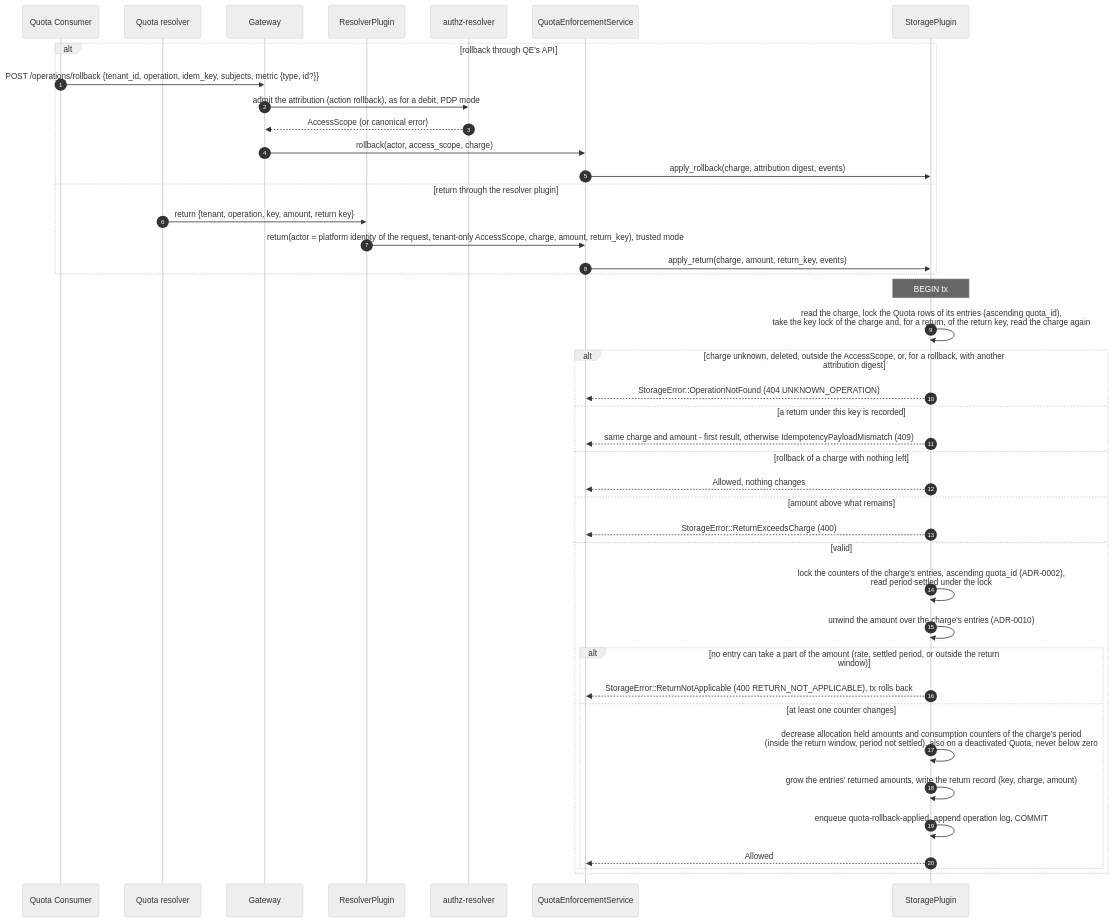
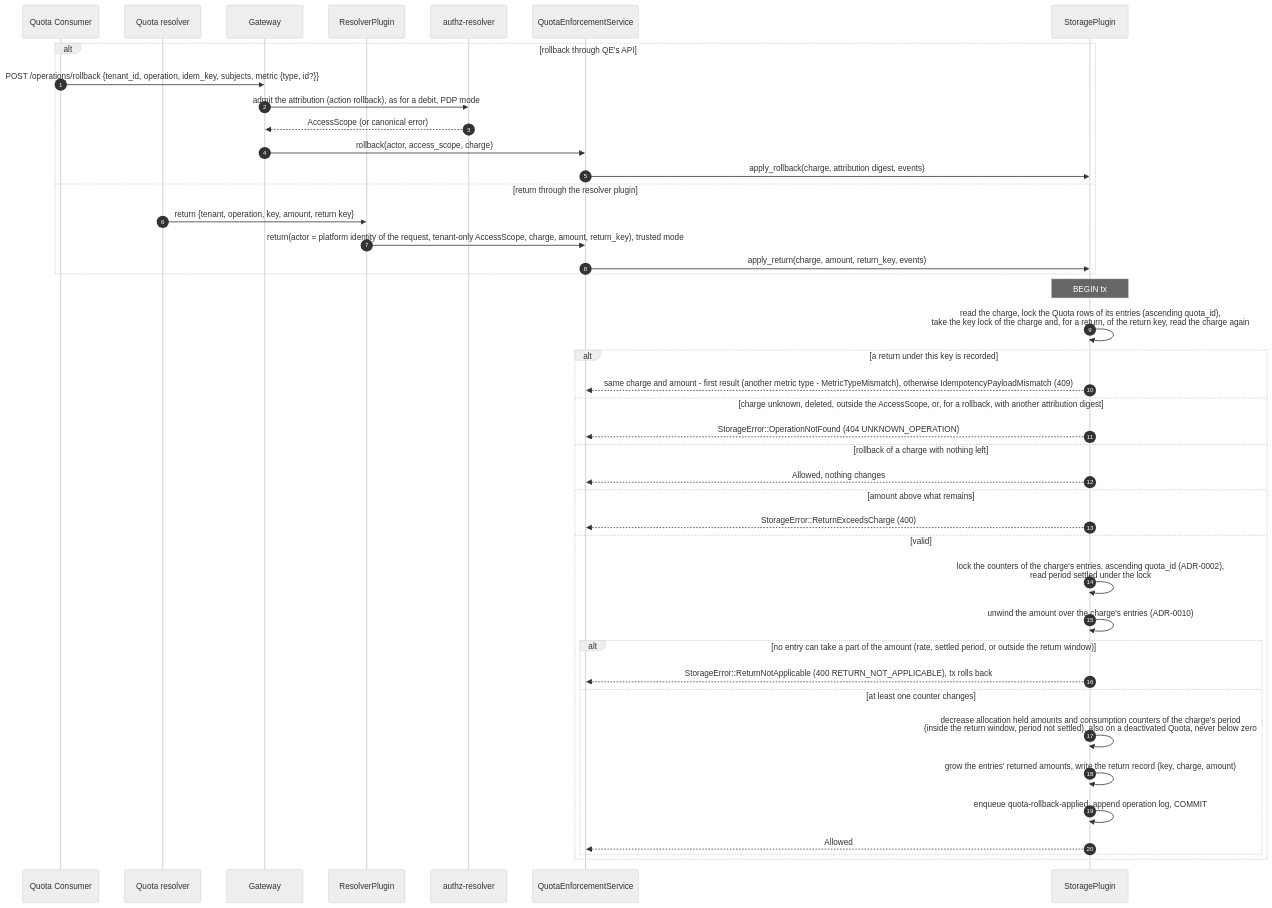
Before and after one commit to constructorfabric/gears-rust: the sixth of 18 diagrams in gears/system/quota-enforcement/docs/DESIGN.md, drawn with Mermaid (neutral theme). The commit also changed other lines of this file and 285 other files, not shown here.

````diff
--- a/gears/system/quota-enforcement/docs/DESIGN.md
+++ b/gears/system/quota-enforcement/docs/DESIGN.md
@@ -1816,45 +1831,45 @@
 ```mermaid
 sequenceDiagram
     autonumber
     participant Caller as Quota Consumer
     participant QR as Quota resolver
     participant GW as Gateway
     participant RP as ResolverPlugin
     participant PDP as authz-resolver
     participant QES as QuotaEnforcementService
     participant SP as StoragePlugin
 
     alt rollback through QE's API
         Caller ->> GW: POST /operations/rollback {tenant_id, operation, idem_key, subjects, metric {type, id?}}
         GW ->> PDP: admit the attribution (action rollback), as for a debit, PDP mode
         PDP -->> GW: AccessScope (or canonical error)
         GW ->> QES: rollback(actor, access_scope, charge)
         QES ->> SP: apply_rollback(charge, attribution digest, events)
     else return through the resolver plugin
         QR ->> RP: return {tenant, operation, key, amount, return key}
         RP ->> QES: return(actor = platform identity of the request, tenant-only AccessScope, charge, amount, return_key), trusted mode
         QES ->> SP: apply_return(charge, amount, return_key, events)
     end
     Note over SP: BEGIN tx
     SP ->> SP: read the charge, lock the Quota rows of its entries (ascending quota_id),<br/>take the key lock of the charge and, for a return, of the return key, read the charge again
-    alt charge unknown, deleted, outside the AccessScope, or, for a rollback, with another attribution digest
+    alt a return under this key is recorded
+        SP -->> QES: same charge and amount - first result (another metric type - MetricTypeMismatch), otherwise IdempotencyPayloadMismatch (409)
+    else charge unknown, deleted, outside the AccessScope, or, for a rollback, with another attribution digest
         SP -->> QES: StorageError::OperationNotFound (404 UNKNOWN_OPERATION)
-    else a return under this key is recorded
-        SP -->> QES: same charge and amount - first result, otherwise IdempotencyPayloadMismatch (409)
     else rollback of a charge with nothing left
         SP -->> QES: Allowed, nothing changes
     else amount above what remains
         SP -->> QES: StorageError::ReturnExceedsCharge (400)
     else valid
         SP ->> SP: lock the counters of the charge's entries, ascending quota_id (ADR-0002),<br/>read period settled under the lock
         SP ->> SP: unwind the amount over the charge's entries (ADR-0010)
         alt no entry can take a part of the amount (rate, settled period, or outside the return window)
             SP -->> QES: StorageError::ReturnNotApplicable (400 RETURN_NOT_APPLICABLE), tx rolls back
         else at least one counter changes
             SP ->> SP: decrease allocation held amounts and consumption counters of the charge's period<br/>(inside the return window, period not settled), also on a deactivated Quota, never below zero
             SP ->> SP: grow the entries' returned amounts, write the return record (key, charge, amount)
             SP ->> SP: enqueue quota-rollback-applied, append operation log, COMMIT
             SP -->> QES: Allowed
         end
     end
 ```
````
